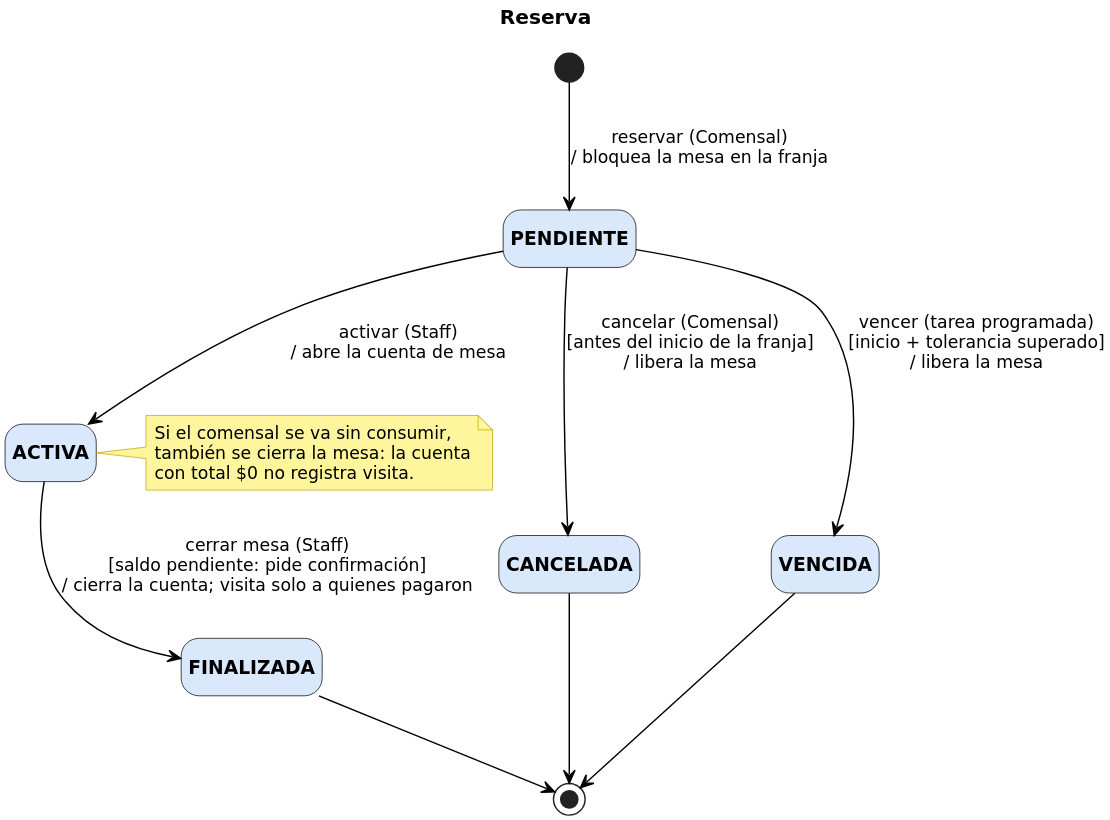
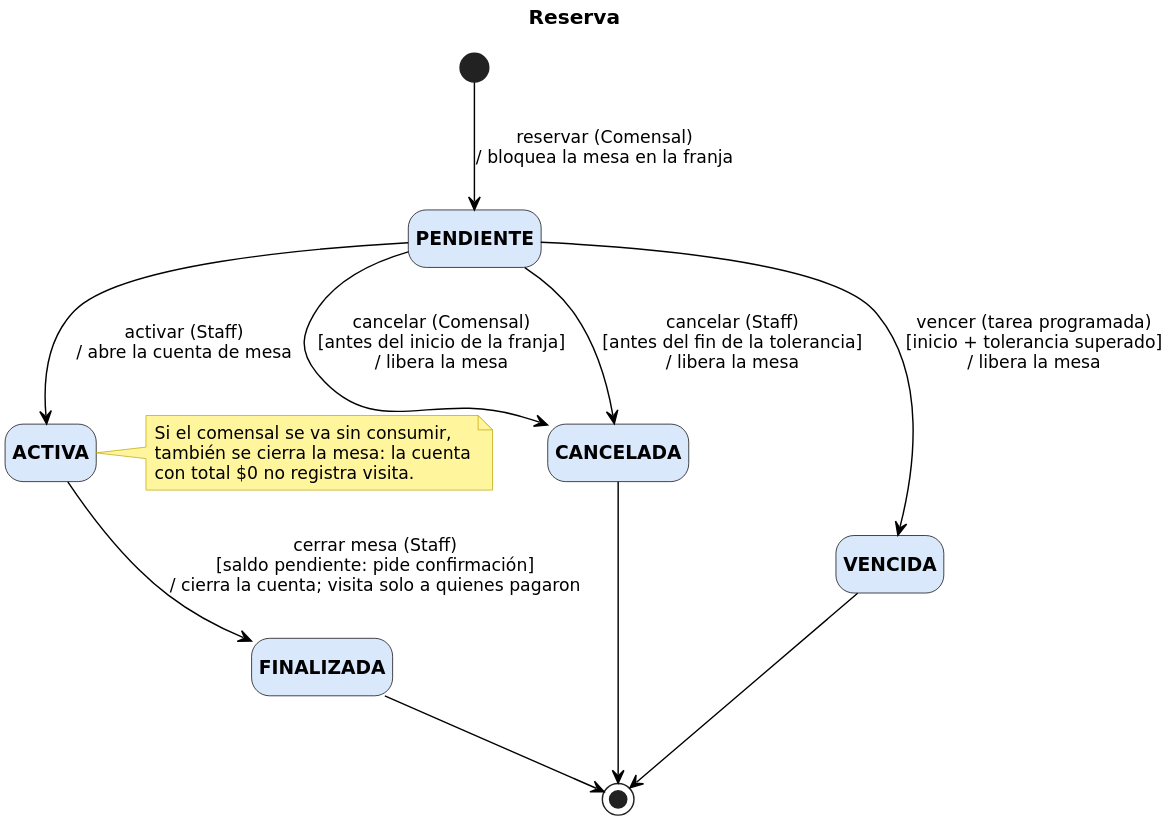
Before and after one commit to GabrielLigresti/TFG-PGIM: the diagram in docs/modelos/estado/reserva/v1/estado-reserva-v1.puml, drawn with PlantUML. The commit also changed 12 other files, not shown here.

```diff
--- a/docs/modelos/estado/reserva/v1/estado-reserva-v1.puml
+++ b/docs/modelos/estado/reserva/v1/estado-reserva-v1.puml
@@ -1,42 +1,43 @@
 @startuml estado-reserva-v1
 ' Diagrama de estado (UML). Paleta alineada con CU y secuencias formato Vialia.
 ' Transiciones: evento (quién) [condición] / efecto
 skinparam dpi 300
 skinparam defaultFontName DejaVu Sans
 skinparam defaultFontSize 12
 skinparam shadowing false
 skinparam ArrowColor #000000
 skinparam state {
   BackgroundColor #DAE8FC
   BorderColor #000000
   FontSize 13
   FontStyle bold
   StartColor #000000
   EndColor #000000
 }
 skinparam note {
   BackgroundColor #FFF59D
   BorderColor #BFA800
 }
 hide empty description
 title Reserva
 
 state PENDIENTE
 state ACTIVA
 state FINALIZADA
 state CANCELADA
 state VENCIDA
 [*] --> PENDIENTE : reservar (Comensal)\n/ bloquea la mesa en la franja
 PENDIENTE --> ACTIVA : activar (Staff)\n/ abre la cuenta de mesa
 PENDIENTE --> CANCELADA : cancelar (Comensal)\n[antes del inicio de la franja]\n/ libera la mesa
+PENDIENTE --> CANCELADA : cancelar (Staff)\n[antes del fin de la tolerancia]\n/ libera la mesa
 PENDIENTE --> VENCIDA : vencer (tarea programada)\n[inicio + tolerancia superado]\n/ libera la mesa
 ACTIVA --> FINALIZADA : cerrar mesa (Staff)\n[saldo pendiente: pide confirmación]\n/ cierra la cuenta; visita solo a quienes pagaron
 FINALIZADA --> [*]
 CANCELADA --> [*]
 VENCIDA --> [*]
 note right of ACTIVA
   Si el comensal se va sin consumir,
   también se cierra la mesa: la cuenta
   con total $0 no registra visita.
 end note
 @enduml
```
